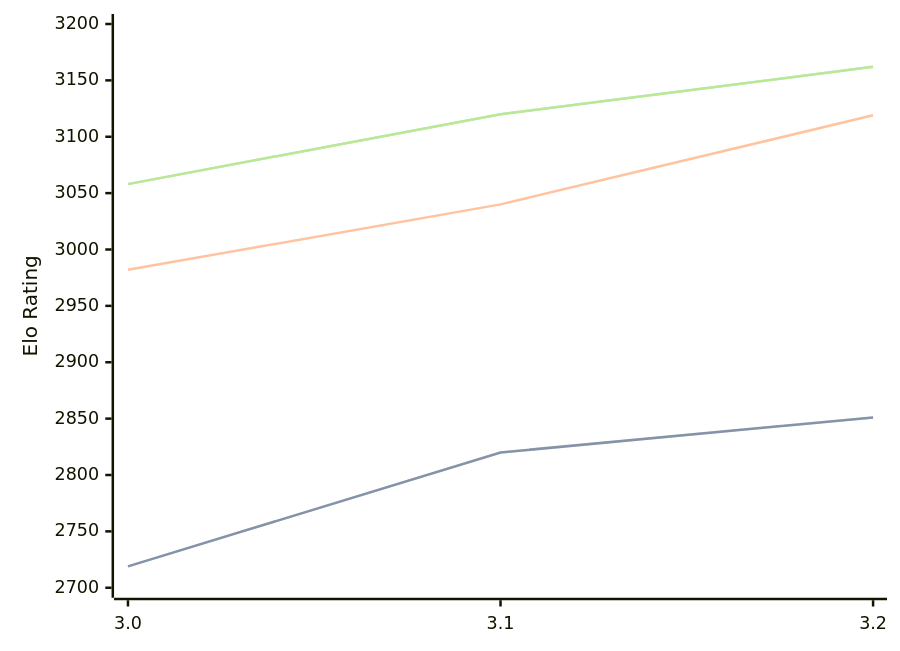
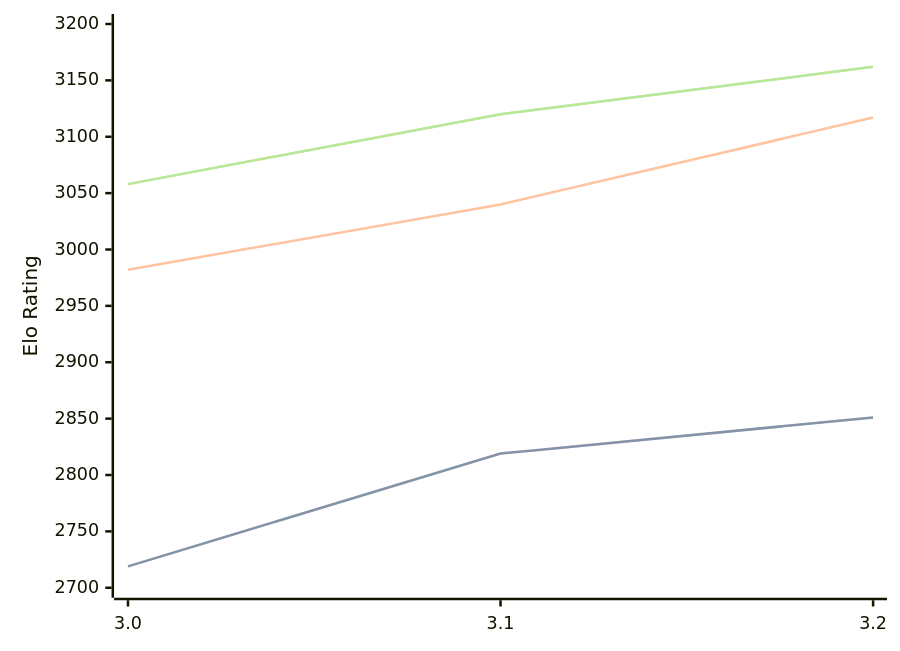
One commit to computer-chess-index/cci changed the diagram in engines/Vajolet2.md. Above: the diagram before and after it, drawn with Mermaid. The commit also changed other lines of this file, not shown here.

````diff
--- a/engines/Vajolet2.md
+++ b/engines/Vajolet2.md
@@ -41,11 +41,11 @@
 ```mermaid
 %%{init: {"theme":"base","themeVariables":{"seriesColors:['#a3a3a3','#222221','#faa371']}}}%%
 xychart-beta
   x-axis ["3.0", "3.1", "3.2"]
   y-axis "Elo Rating" 2700 --> 3200
-  line "STC (8.0+0.08s)" [2719, 2820, 2851]
-  line "STC (8.0+0.08s)" [2719, 2820, 2851]
-  line "LTC (60.0+0.60s)" [2982, 3040, 3119]
+  line "STC (8.0+0.08s)" [2719, 2819, 2851]
+  line "STC (8.0+0.08s)" [2719, 2819, 2851]
+  line "LTC (60.0+0.60s)" [2982, 3040, 3117]
   line "VLTC (2m24s+1.12s)" [3058, 3120, 3162]
   line "VLTC (2m24s+1.12s)" [3058, 3120, 3162]
 ```
````
